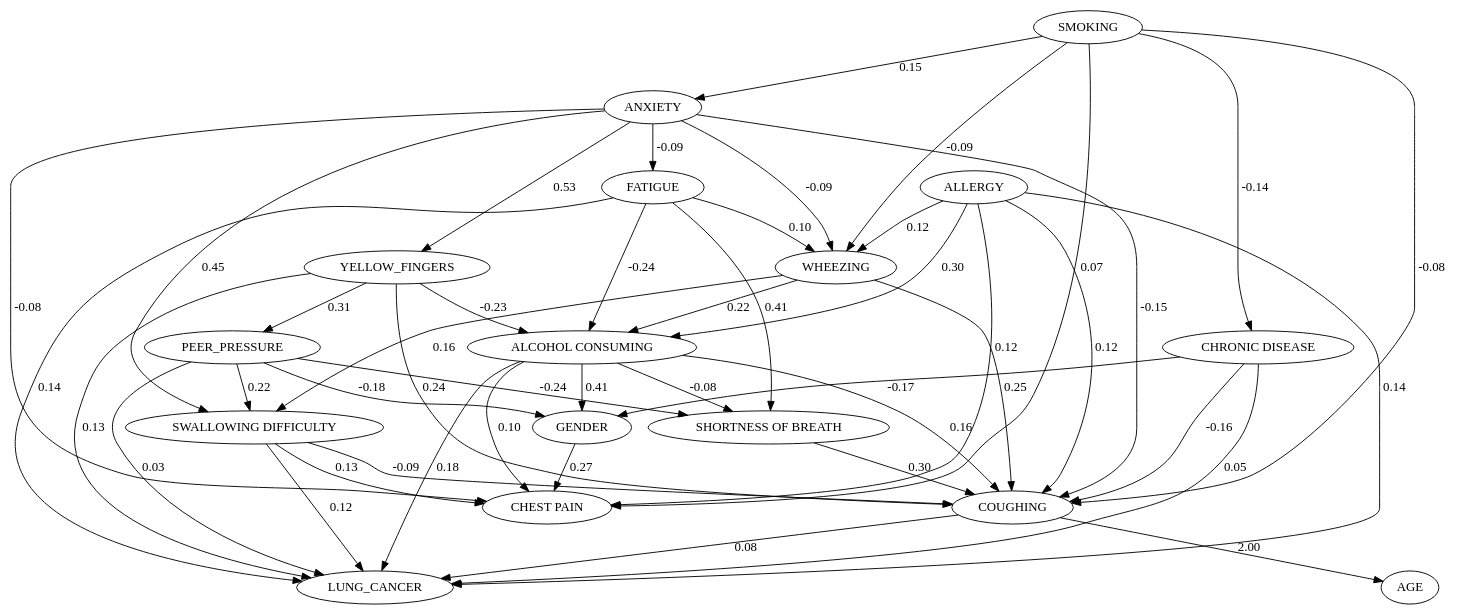
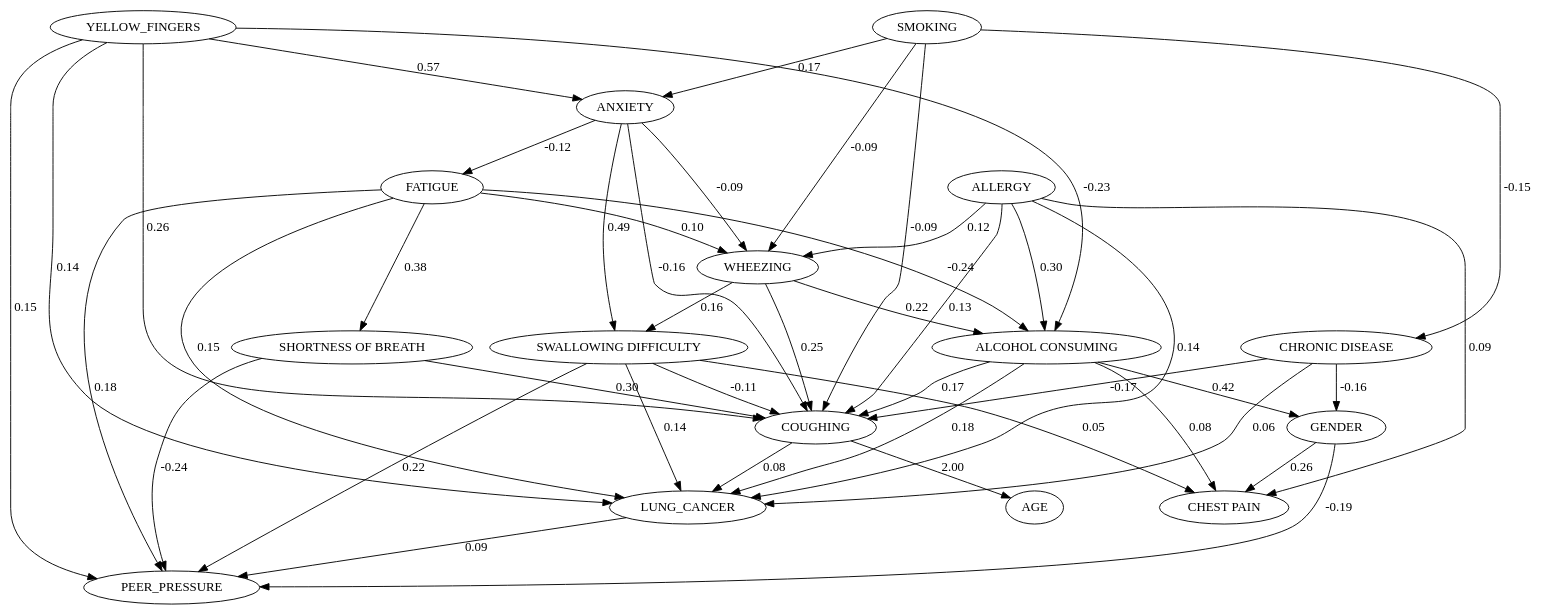
Before and after one commit to shamanth-kuthpadi/DoWhy-workflow: the diagram in temp.dot, drawn with Graphviz. The commit also changed 3 other files, not shown here.

```diff
--- a/temp.dot
+++ b/temp.dot
@@ -1,67 +1,65 @@
 digraph {
 	GENDER
 	AGE
 	SMOKING
 	YELLOW_FINGERS
 	ANXIETY
 	PEER_PRESSURE
 	"CHRONIC DISEASE"
 	"FATIGUE "
 	"ALLERGY "
 	WHEEZING
 	"ALCOHOL CONSUMING"
 	COUGHING
 	"SHORTNESS OF BREATH"
 	"SWALLOWING DIFFICULTY"
 	"CHEST PAIN"
 	LUNG_CANCER
-	PEER_PRESSURE -> GENDER [label=-0.18]
-	"CHRONIC DISEASE" -> GENDER [label=-0.17]
-	"ALCOHOL CONSUMING" -> GENDER [label=0.41]
+	"CHRONIC DISEASE" -> GENDER [label=-0.16]
+	"ALCOHOL CONSUMING" -> GENDER [label=0.42]
 	COUGHING -> AGE [label=2.00]
-	ANXIETY -> YELLOW_FINGERS [label=0.53]
-	SMOKING -> ANXIETY [label=0.15]
-	YELLOW_FINGERS -> PEER_PRESSURE [label=0.31]
-	SMOKING -> "CHRONIC DISEASE" [label=-0.14]
-	ANXIETY -> "FATIGUE " [label=-0.09]
+	SMOKING -> ANXIETY [label=0.17]
+	YELLOW_FINGERS -> ANXIETY [label=0.57]
+	GENDER -> PEER_PRESSURE [label=-0.19]
+	YELLOW_FINGERS -> PEER_PRESSURE [label=0.15]
+	"FATIGUE " -> PEER_PRESSURE [label=0.18]
+	"SHORTNESS OF BREATH" -> PEER_PRESSURE [label=-0.24]
+	"SWALLOWING DIFFICULTY" -> PEER_PRESSURE [label=0.22]
+	LUNG_CANCER -> PEER_PRESSURE [label=0.09]
+	SMOKING -> "CHRONIC DISEASE" [label=-0.15]
+	ANXIETY -> "FATIGUE " [label=-0.12]
 	SMOKING -> WHEEZING [label=-0.09]
 	ANXIETY -> WHEEZING [label=-0.09]
 	"FATIGUE " -> WHEEZING [label=0.10]
 	"ALLERGY " -> WHEEZING [label=0.12]
 	YELLOW_FINGERS -> "ALCOHOL CONSUMING" [label=-0.23]
 	"FATIGUE " -> "ALCOHOL CONSUMING" [label=-0.24]
 	"ALLERGY " -> "ALCOHOL CONSUMING" [label=0.30]
 	WHEEZING -> "ALCOHOL CONSUMING" [label=0.22]
-	SMOKING -> COUGHING [label=-0.08]
-	YELLOW_FINGERS -> COUGHING [label=0.24]
-	ANXIETY -> COUGHING [label=-0.15]
-	"CHRONIC DISEASE" -> COUGHING [label=-0.16]
-	"ALLERGY " -> COUGHING [label=0.12]
+	SMOKING -> COUGHING [label=-0.09]
+	YELLOW_FINGERS -> COUGHING [label=0.26]
+	ANXIETY -> COUGHING [label=-0.16]
+	"CHRONIC DISEASE" -> COUGHING [label=-0.17]
+	"ALLERGY " -> COUGHING [label=0.13]
 	WHEEZING -> COUGHING [label=0.25]
-	"ALCOHOL CONSUMING" -> COUGHING [label=0.16]
+	"ALCOHOL CONSUMING" -> COUGHING [label=0.17]
 	"SHORTNESS OF BREATH" -> COUGHING [label=0.30]
-	"SWALLOWING DIFFICULTY" -> COUGHING [label=-0.09]
-	PEER_PRESSURE -> "SHORTNESS OF BREATH" [label=-0.24]
-	"FATIGUE " -> "SHORTNESS OF BREATH" [label=0.41]
-	"ALCOHOL CONSUMING" -> "SHORTNESS OF BREATH" [label=-0.08]
-	ANXIETY -> "SWALLOWING DIFFICULTY" [label=0.45]
-	PEER_PRESSURE -> "SWALLOWING DIFFICULTY" [label=0.22]
+	"SWALLOWING DIFFICULTY" -> COUGHING [label=-0.11]
+	"FATIGUE " -> "SHORTNESS OF BREATH" [label=0.38]
+	ANXIETY -> "SWALLOWING DIFFICULTY" [label=0.49]
 	WHEEZING -> "SWALLOWING DIFFICULTY" [label=0.16]
-	GENDER -> "CHEST PAIN" [label=0.27]
-	SMOKING -> "CHEST PAIN" [label=0.07]
-	ANXIETY -> "CHEST PAIN" [label=-0.08]
-	"ALLERGY " -> "CHEST PAIN" [label=0.12]
-	"ALCOHOL CONSUMING" -> "CHEST PAIN" [label=0.10]
-	"SWALLOWING DIFFICULTY" -> "CHEST PAIN" [label=0.13]
-	YELLOW_FINGERS -> LUNG_CANCER [label=0.13]
-	PEER_PRESSURE -> LUNG_CANCER [label=0.03]
-	"CHRONIC DISEASE" -> LUNG_CANCER [label=0.05]
-	"FATIGUE " -> LUNG_CANCER [label=0.14]
+	GENDER -> "CHEST PAIN" [label=0.26]
+	"ALLERGY " -> "CHEST PAIN" [label=0.09]
+	"ALCOHOL CONSUMING" -> "CHEST PAIN" [label=0.08]
+	"SWALLOWING DIFFICULTY" -> "CHEST PAIN" [label=0.05]
+	YELLOW_FINGERS -> LUNG_CANCER [label=0.14]
+	"CHRONIC DISEASE" -> LUNG_CANCER [label=0.06]
+	"FATIGUE " -> LUNG_CANCER [label=0.15]
 	"ALLERGY " -> LUNG_CANCER [label=0.14]
 	"ALCOHOL CONSUMING" -> LUNG_CANCER [label=0.18]
 	COUGHING -> LUNG_CANCER [label=0.08]
-	"SWALLOWING DIFFICULTY" -> LUNG_CANCER [label=0.12]
+	"SWALLOWING DIFFICULTY" -> LUNG_CANCER [label=0.14]
 	{
 		rank=same
 	}
 }
```
